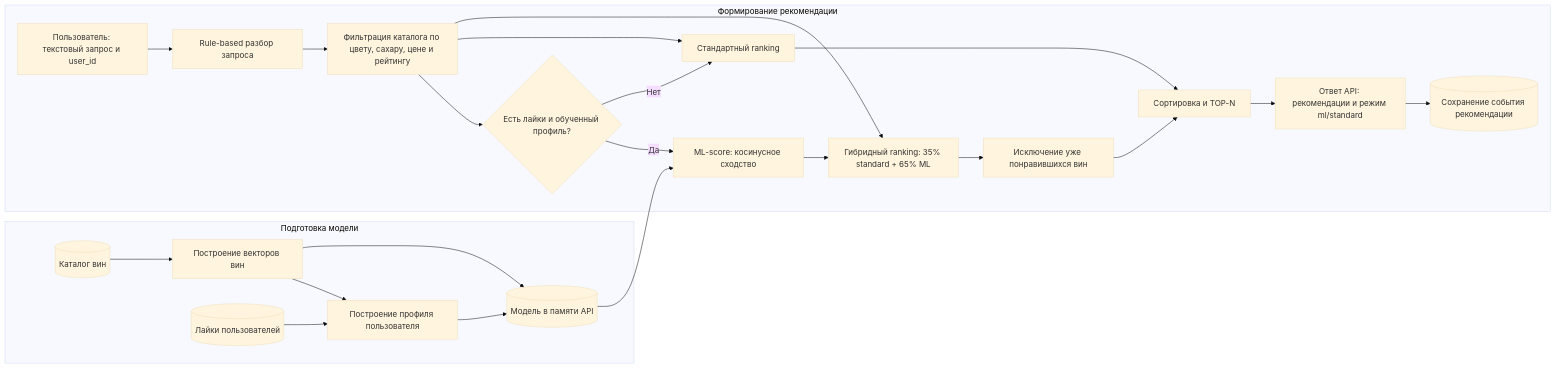
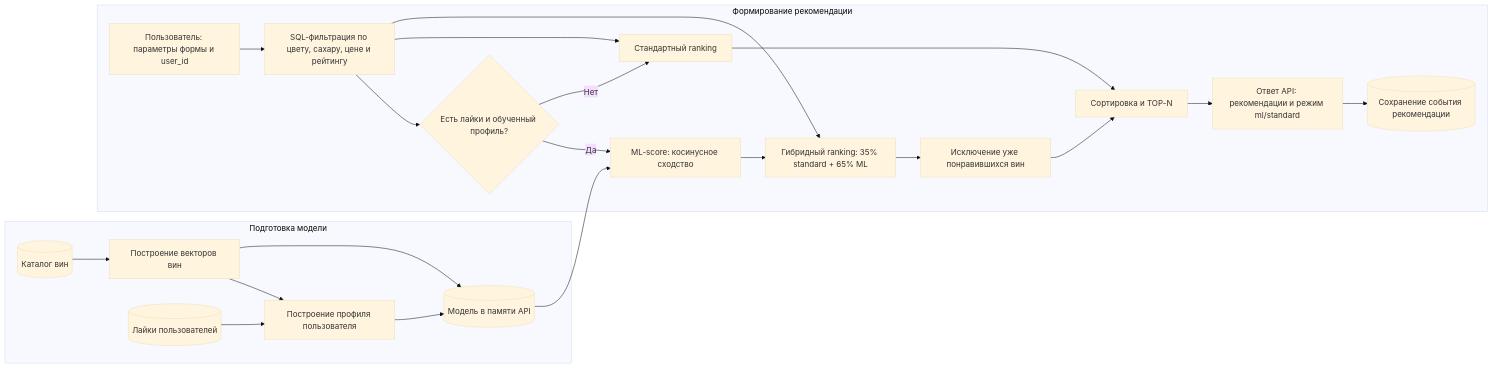
The diagram in Model_BPMN.md (Daniil-fprog/netology_business_application_of_ML), drawn with Mermaid (base theme) before and after one commit. The commit also changed other lines of this file and 24 other files, not shown here.

````diff
--- a/Model_BPMN.md
+++ b/Model_BPMN.md
@@ -5,27 +5,26 @@
 ```mermaid
 flowchart LR
     subgraph Offline[Подготовка модели]
         C[(Каталог вин)] --> FV[Построение векторов вин]
         L[(Лайки пользователей)] --> UP[Построение профиля пользователя]
         FV --> UP
         FV --> M[(Модель в памяти API)]
         UP --> M
     end
 
     subgraph Online[Формирование рекомендации]
-        U[Пользователь: текстовый запрос и user_id] --> Q[Rule-based разбор запроса]
-        Q --> F[Фильтрация каталога по цвету, сахару, цене и рейтингу]
+        U[Пользователь: параметры формы и user_id] --> F[SQL-фильтрация по цвету, сахару, цене и рейтингу]
         F --> D{Есть лайки и обученный профиль?}
         D -- Да --> S[ML-score: косинусное сходство]
         M --> S
         D -- Нет --> R[Стандартный ranking]
         S --> H[Гибридный ranking: 35% standard + 65% ML]
         F --> R
         F --> H
         H --> E[Исключение уже понравившихся вин]
         E --> T[Сортировка и TOP-N]
         R --> T
         T --> A[Ответ API: рекомендации и режим ml/standard]
         A --> LOG[(Сохранение события рекомендации)]
     end
 ```
````
